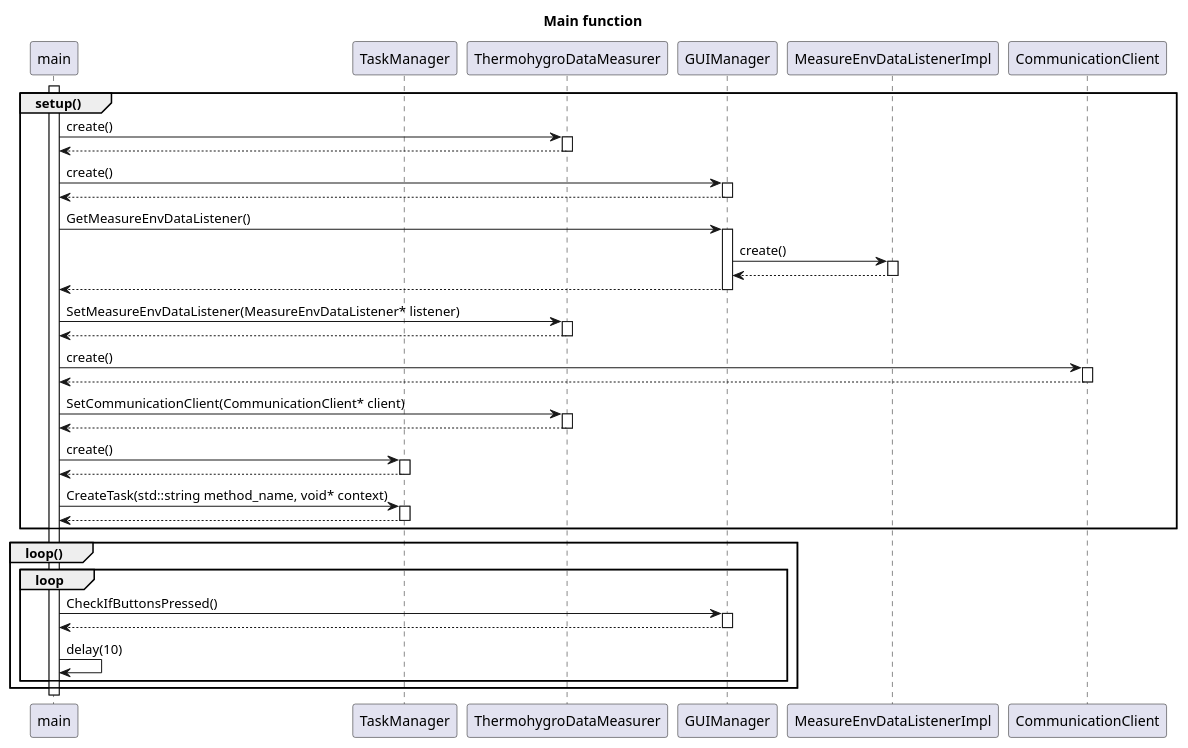
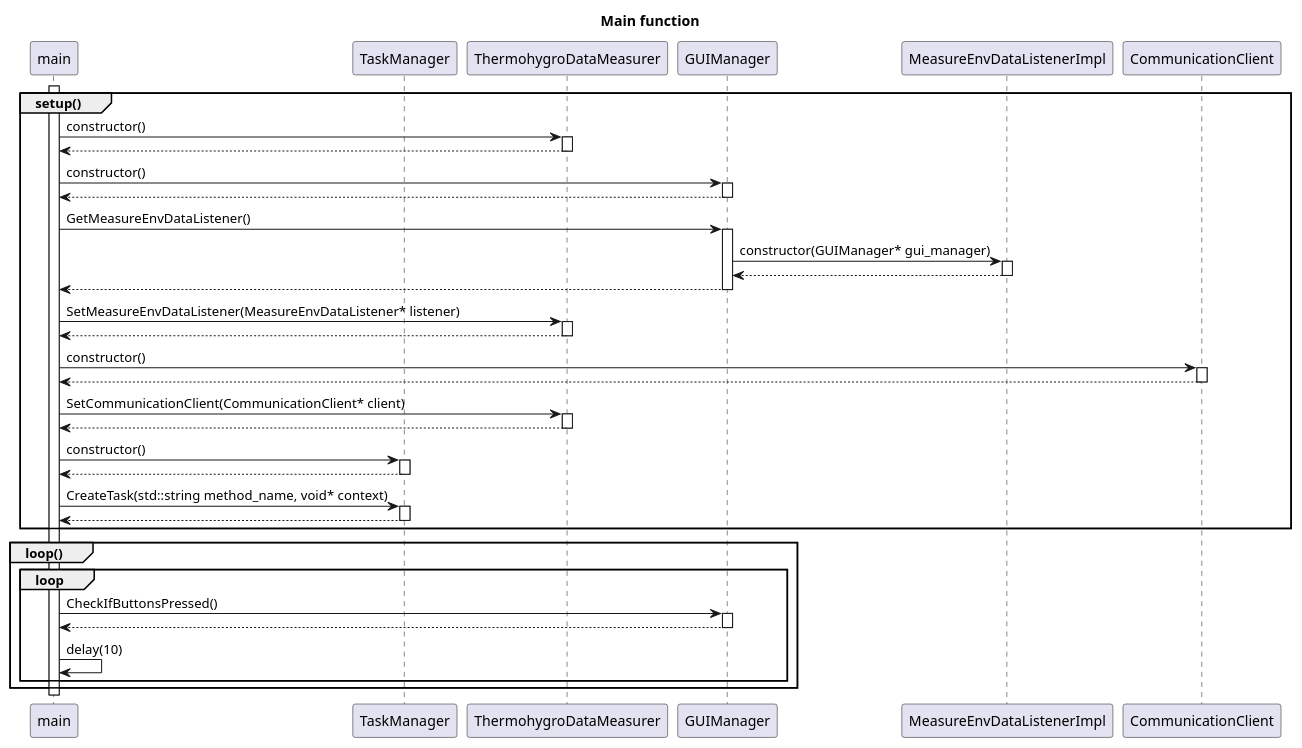
Before and after one commit to chukeblo/thermohygrometer: the diagram in DesignDocs/M5StackThermohygrometer/sequence_diagram_main.pu, drawn with PlantUML.

Commit message:
modify expressions for initialization

```diff
--- a/DesignDocs/M5StackThermohygrometer/sequence_diagram_main.pu
+++ b/DesignDocs/M5StackThermohygrometer/sequence_diagram_main.pu
@@ -1,53 +1,53 @@
 @startuml main
 title Main function
 
 participant main
 participant TaskManager
 participant ThermohygroDataMeasurer
 participant GUIManager
 participant MeasureEnvDataListenerImpl
 participant CommunicationClient
 
 activate main
 group setup()
-    main -> ThermohygroDataMeasurer: create()
+    main -> ThermohygroDataMeasurer: constructor()
     activate ThermohygroDataMeasurer
     return
-    main -> GUIManager: create()
+    main -> GUIManager: constructor()
     activate GUIManager
     return
     main -> GUIManager: GetMeasureEnvDataListener()
     activate GUIManager
-    GUIManager -> MeasureEnvDataListenerImpl: create()
+    GUIManager -> MeasureEnvDataListenerImpl: constructor(GUIManager* gui_manager)
     activate MeasureEnvDataListenerImpl
     return
     return
     main -> ThermohygroDataMeasurer: SetMeasureEnvDataListener(MeasureEnvDataListener* listener)
     activate ThermohygroDataMeasurer
     return
-    main -> CommunicationClient: create()
+    main -> CommunicationClient: constructor()
     activate CommunicationClient
     return
     main -> ThermohygroDataMeasurer: SetCommunicationClient(CommunicationClient* client)
     activate ThermohygroDataMeasurer
     return
-    main -> TaskManager: create()
+    main -> TaskManager: constructor()
     activate TaskManager
     return
     main -> TaskManager: CreateTask(std::string method_name, void* context)
     activate TaskManager
     return
 end
 
 group loop()
     loop
         main -> GUIManager: CheckIfButtonsPressed()
         activate GUIManager
         return
         main -> main: delay(10)
     end
 end
 deactivate main
 
 
 @enduml
```
